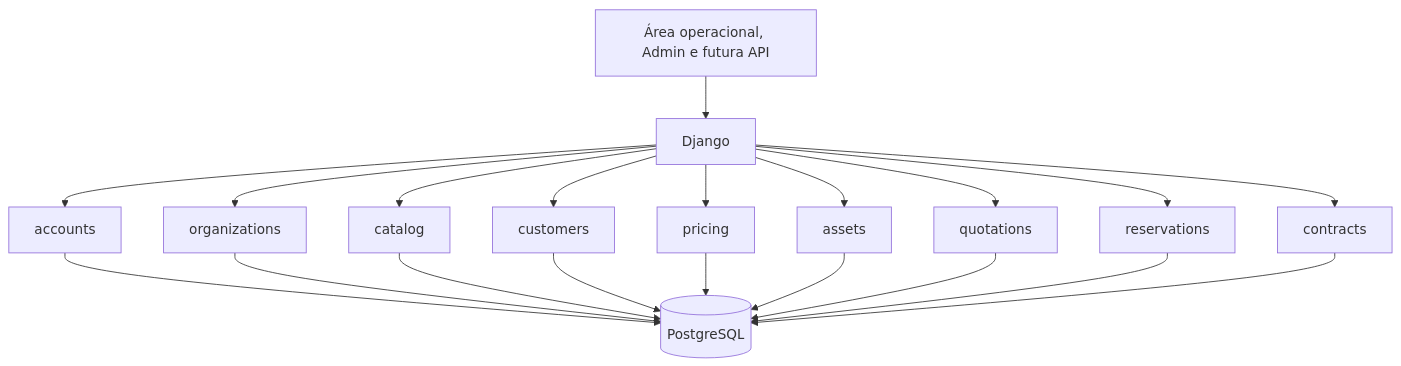
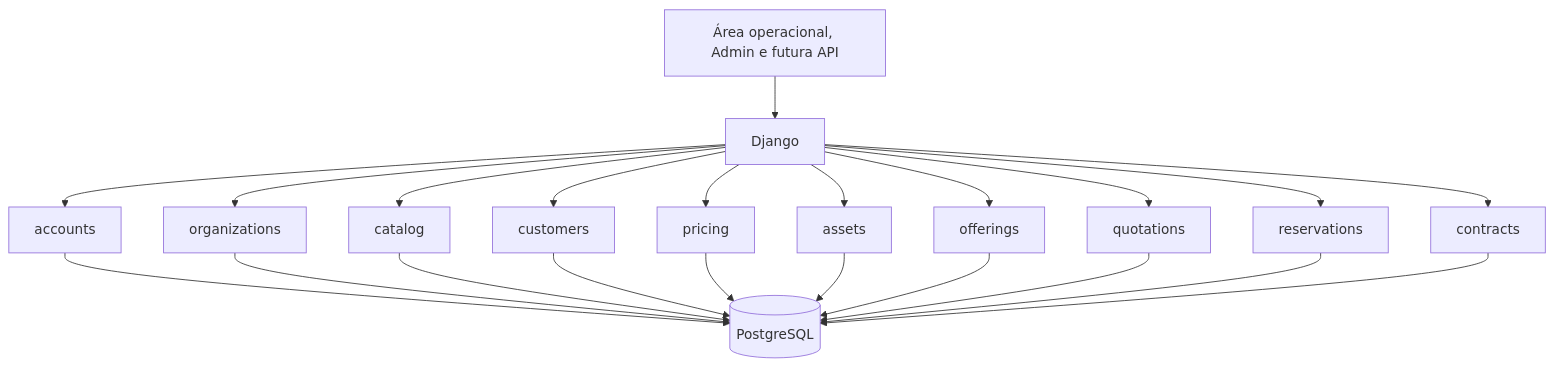
Before and after one commit to ViniciusSilva97/rental-platform: the diagram in docs/architecture.md, drawn with Mermaid. The commit also changed other lines of this file and 48 other files, not shown here.

````diff
--- a/docs/architecture.md
+++ b/docs/architecture.md
@@ -10,22 +10,24 @@
 ```mermaid
 flowchart TD
     UI["Área operacional, Admin e futura API"] --> APP["Django"]
     APP --> ACC["accounts"]
     APP --> ORG["organizations"]
     APP --> CAT["catalog"]
     APP --> CUS["customers"]
     APP --> PRI["pricing"]
     APP --> AST["assets"]
+    APP --> OFF["offerings"]
     APP --> QUO["quotations"]
     APP --> RES["reservations"]
     APP --> CON["contracts"]
     ACC --> DB[("PostgreSQL")]
     ORG --> DB
     CAT --> DB
     CUS --> DB
     PRI --> DB
     AST --> DB
+    OFF --> DB
     QUO --> DB
     RES --> DB
     CON --> DB
 ```
````
